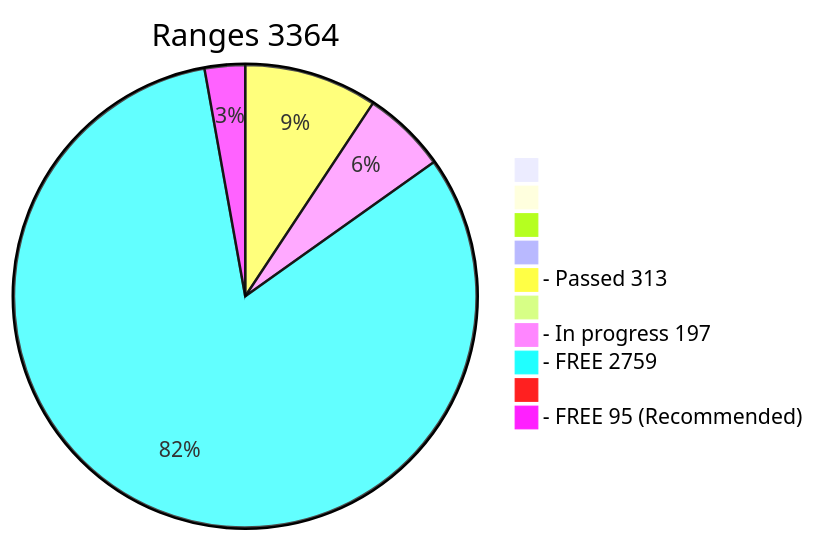
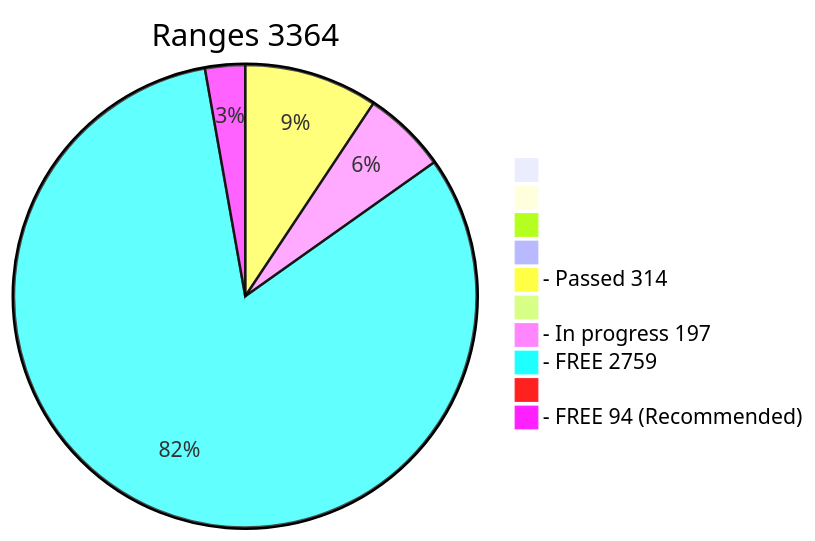
Before and after one commit to phrutis/wif500: the diagram in x64/Release/table.md, drawn with Mermaid. The commit also changed other lines of this file, not shown here.

````diff
--- a/x64/Release/table.md
+++ b/x64/Release/table.md
@@ -2,13 +2,13 @@
 ```mermaid
 pie title Ranges 3364
   " " : 0
   "  " : 0
   "   " : 0
   "    " : 0
-  "- Passed 313" : 313
+  "- Passed 314" : 314
   "     " : 0
   "- In progress 197" : 197
   "- FREE 2759" : 2759
   "      " : 0
-  "- FREE 95 (Recommended)" : 95
+  "- FREE 94 (Recommended)" : 94
 ```
````
